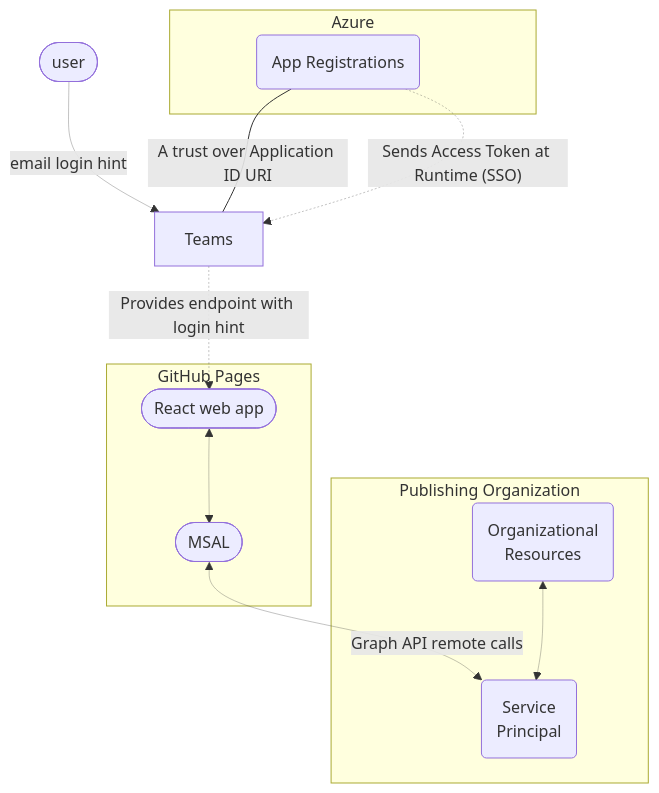
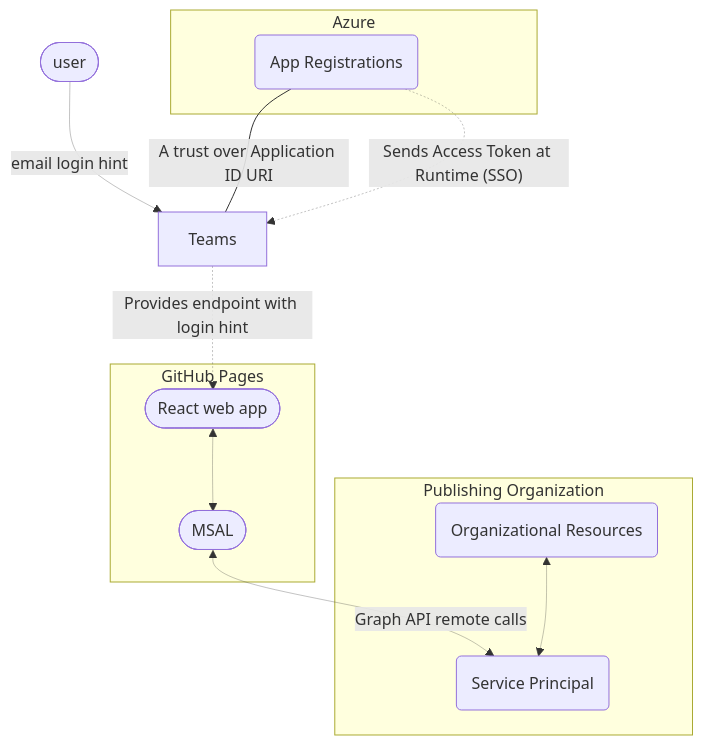
One commit to CynicDog/azure-entra-in-spa changed the second of 3 diagrams in README.md. Above: the diagram before and after it, drawn with Mermaid. The commit also changed other lines of this file, not shown here.

````diff
--- a/README.md
+++ b/README.md
@@ -66,29 +66,29 @@
 ```mermaid
 flowchart TD
     subgraph Azure 
         A(App Registrations) 
     end 
     
     B[Teams]
     
     subgraph GitHub Pages
         C([React web app])
         D([MSAL])
     end 
 
     subgraph Publishing Organization 
-        E(Organizational \nResources)
-        F(Service \nPrincipal)
+        E(Organizational Resources)
+        F(Service Principal)
     end 
 
     G([user]) --> |email login hint|B
 
     A --- |A trust over Application ID URI|B
     A -. Sends Access Token at Runtime (SSO) .-> B
     B -. Provides endpoint with login hint .-> C
     C <--> D
     D <-- Graph API remote calls --> F
     E <--> F
     
     linkStyle 0,2,3,4,5,6 stroke-width:.3px;
 ```
````
